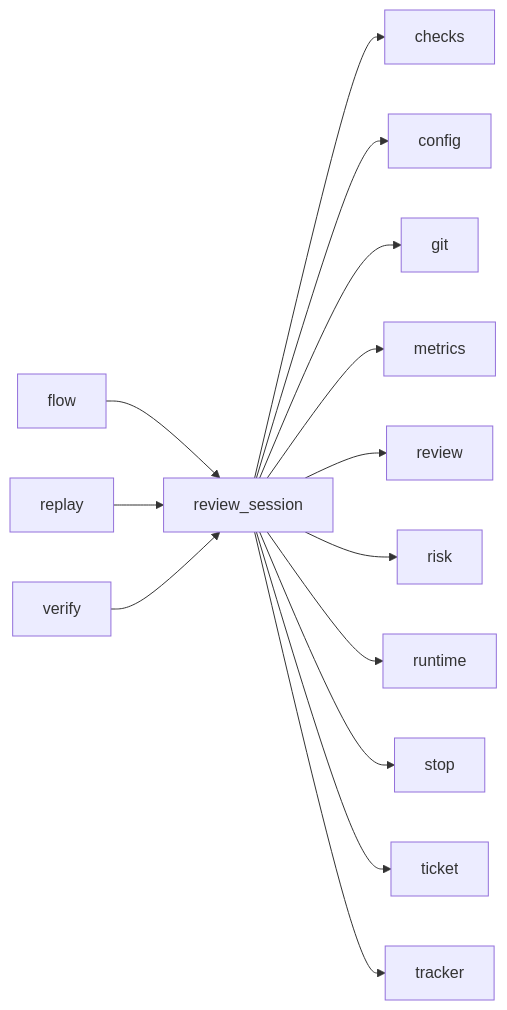
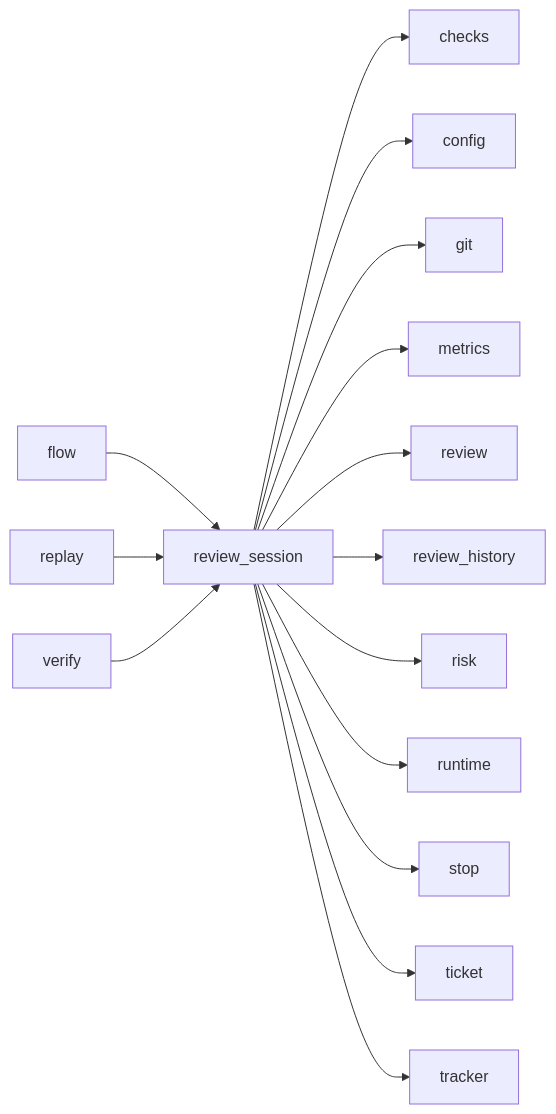
The third of 3 diagrams in docs/architecture/modules/review_session.md (plaplanche/ariane), drawn with Mermaid before and after one commit. The commit also changed other lines of this file and 30 other files, not shown here.

````diff
--- a/docs/architecture/modules/review_session.md
+++ b/docs/architecture/modules/review_session.md
@@ -84,16 +84,17 @@
 ```mermaid
 flowchart LR
   flow --> review_session
   replay --> review_session
   review_session --> checks
   review_session --> config
   review_session --> git
   review_session --> metrics
   review_session --> review
+  review_session --> review_history
   review_session --> risk
   review_session --> runtime
   review_session --> stop
   review_session --> ticket
   review_session --> tracker
   verify --> review_session
 ```
````
